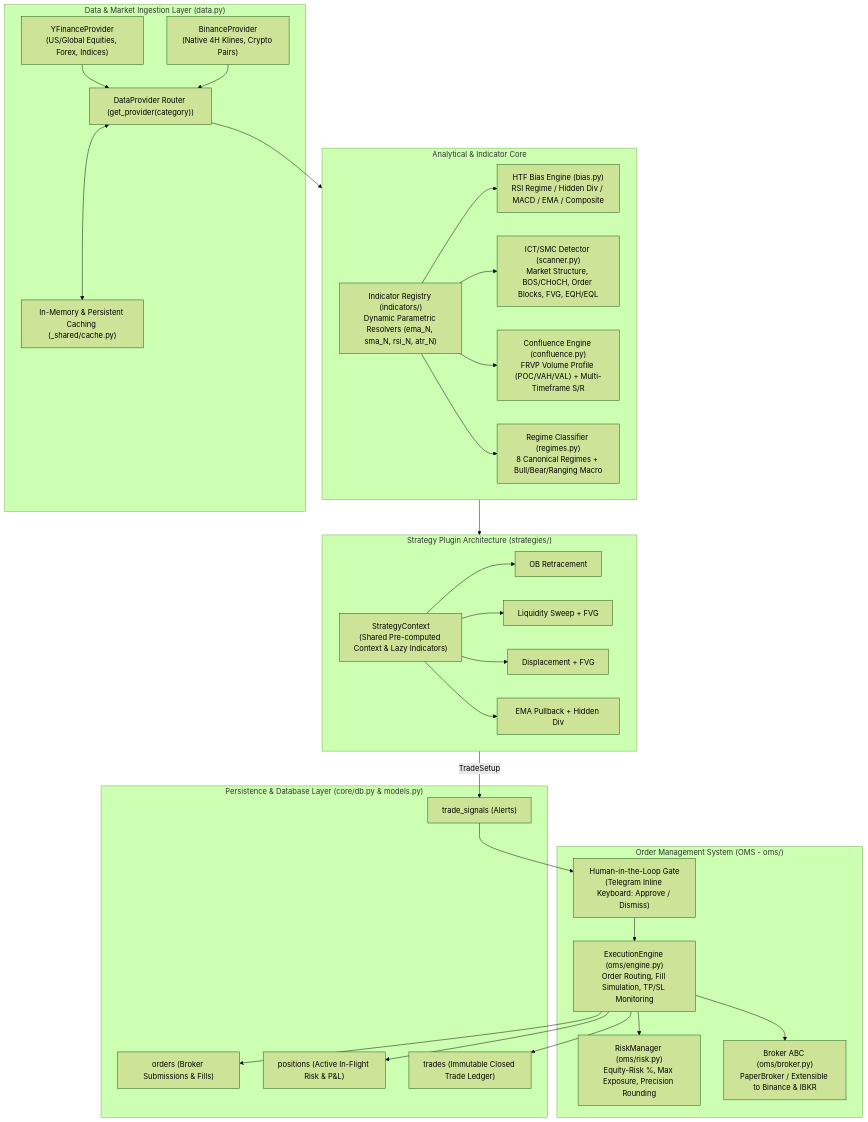
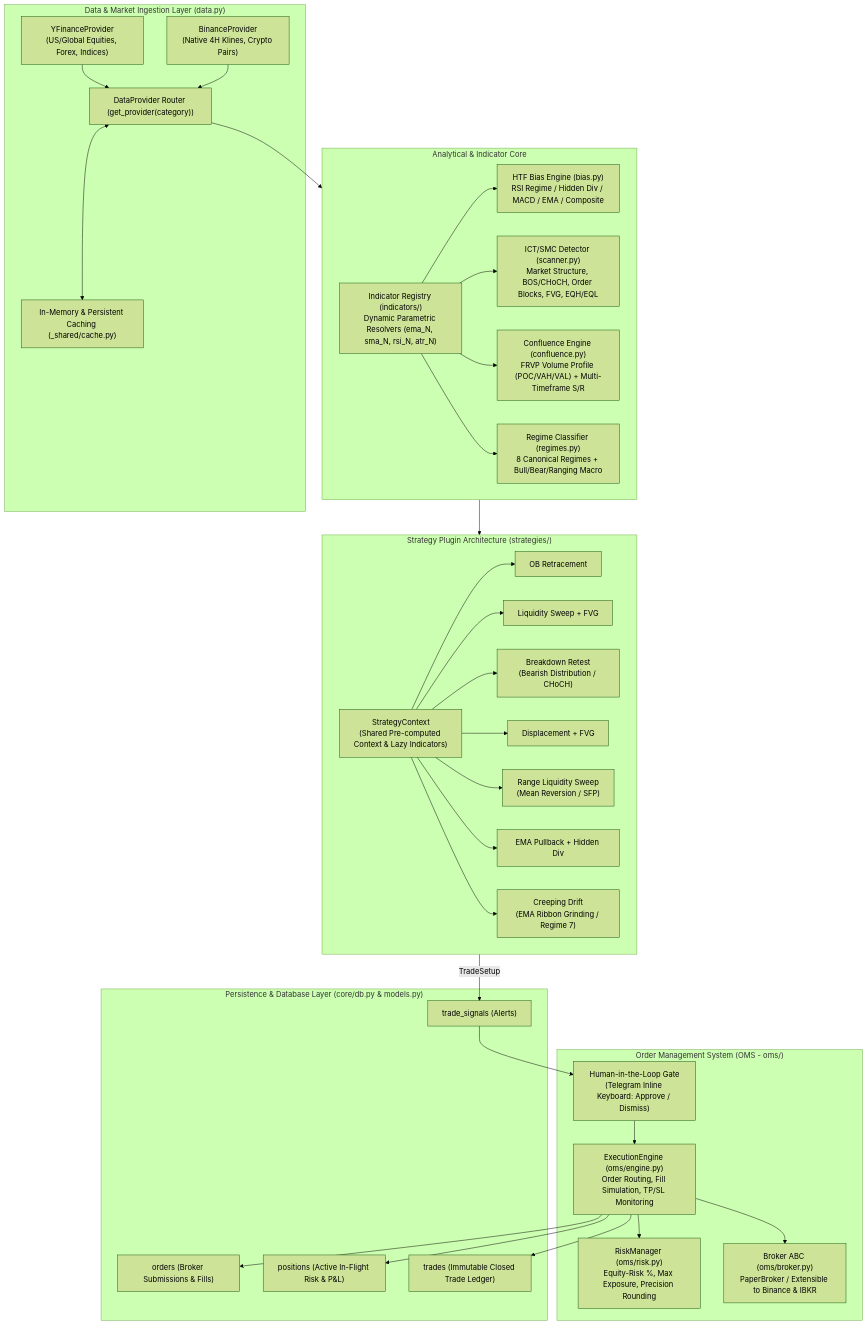
Before and after one commit to bash07/basheer.net: the diagram in automation/app/modules/finance/trader/README_finance_trader.md, drawn with Mermaid (forest theme). The commit also changed other lines of this file and 17 other files, not shown here.

Commit message:
feat(trader): introduce breakdown_retest and creeping_drift strategies, fix HTF RSI lag and bias filter

````diff
--- a/automation/app/modules/finance/trader/README_finance_trader.md
+++ b/automation/app/modules/finance/trader/README_finance_trader.md
@@ -26,61 +26,67 @@
 ```mermaid
 flowchart TD
     subgraph MarketDataLayer["Data & Market Ingestion Layer (data.py)"]
         YF["YFinanceProvider\n(US/Global Equities, Forex, Indices)"]
         BN["BinanceProvider\n(Native 4H Klines, Crypto Pairs)"]
         DP["DataProvider Router (get_provider(category))"]
         CACHE["In-Memory & Persistent Caching (_shared/cache.py)"]
         YF --> DP
         BN --> DP
         DP <--> CACHE
     end
 
     subgraph AnalyticalCore["Analytical & Indicator Core"]
         IND["Indicator Registry (indicators/)\nDynamic Parametric Resolvers (ema_N, sma_N, rsi_N, atr_N)"]
         BIAS["HTF Bias Engine (bias.py)\nRSI Regime / Hidden Div / MACD / EMA / Composite"]
         SCAN["ICT/SMC Detector (scanner.py)\nMarket Structure, BOS/CHoCH, Order Blocks, FVG, EQH/EQL"]
         CONF["Confluence Engine (confluence.py)\nFRVP Volume Profile (POC/VAH/VAL) + Multi-Timeframe S/R"]
         REGIME["Regime Classifier (regimes.py)\n8 Canonical Regimes + Bull/Bear/Ranging Macro"]
         IND --> BIAS
         IND --> SCAN
         IND --> CONF
         IND --> REGIME
     end
 
     subgraph StrategyLayer["Strategy Plugin Architecture (strategies/)"]
         CTX["StrategyContext\n(Shared Pre-computed Context & Lazy Indicators)"]
         S1["OB Retracement"]
         S2["Liquidity Sweep + FVG"]
-        S3["Displacement + FVG"]
-        S4["EMA Pullback + Hidden Div"]
+        S3["Breakdown Retest\n(Bearish Distribution / CHoCH)"]
+        S4["Displacement + FVG"]
+        S5["Range Liquidity Sweep\n(Mean Reversion / SFP)"]
+        S6["EMA Pullback + Hidden Div"]
+        S7["Creeping Drift\n(EMA Ribbon Grinding / Regime 7)"]
         CTX --> S1
         CTX --> S2
         CTX --> S3
         CTX --> S4
+        CTX --> S5
+        CTX --> S6
+        CTX --> S7
     end
 
     subgraph ExecutionLayer["Order Management System (OMS - oms/)"]
         HUMAN["Human-in-the-Loop Gate\n(Telegram Inline Keyboard: Approve / Dismiss)"]
         RISK["RiskManager (oms/risk.py)\nEquity-Risk %, Max Exposure, Precision Rounding"]
         ENGINE["ExecutionEngine (oms/engine.py)\nOrder Routing, Fill Simulation, TP/SL Monitoring"]
         BROKER["Broker ABC (oms/broker.py)\nPaperBroker / Extensible to Binance & IBKR"]
         HUMAN --> ENGINE
         ENGINE --> RISK
         ENGINE --> BROKER
     end
 
     subgraph Persistence["Persistence & Database Layer (core/db.py & models.py)"]
         TS["trade_signals (Alerts)"]
         ORD["orders (Broker Submissions & Fills)"]
         POS["positions (Active In-Flight Risk & P&L)"]
         TR["trades (Immutable Closed Trade Ledger)"]
     end
 
     DP --> AnalyticalCore
     AnalyticalCore --> StrategyLayer
     StrategyLayer -->|TradeSetup| TS
     TS --> HUMAN
     ENGINE --> ORD
     ENGINE --> POS
     ENGINE --> TR
 ```
````
